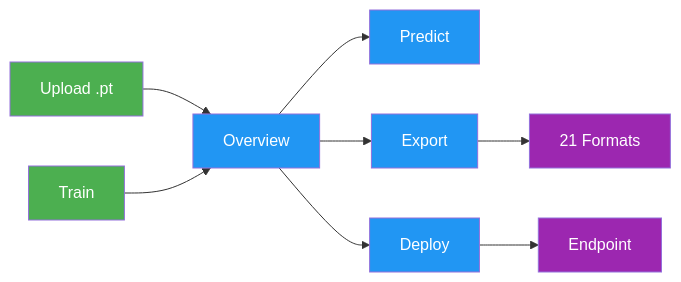
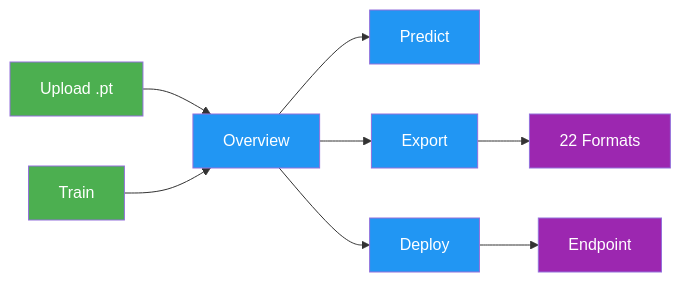
The first of 2 diagrams in docs/en/platform/train/models.md (ultralytics/ultralytics), drawn with Mermaid before and after one commit. The commit also changed other lines of this file and 27 other files, not shown here.

````diff
--- a/docs/en/platform/train/models.md
+++ b/docs/en/platform/train/models.md
@@ -56,14 +56,14 @@
 ```mermaid
 graph LR
     A[Upload .pt]:::start --> B[Overview]:::proc
     C[Train]:::start --> B
     B --> D[Predict]:::proc
     B --> E[Export]:::proc
     B --> F[Deploy]:::proc
-    E --> G[21 Formats]:::out
+    E --> G[22 Formats]:::out
     F --> H[Endpoint]:::out
 
     classDef start fill:#4CAF50,color:#fff
     classDef proc fill:#2196F3,color:#fff
     classDef out fill:#9C27B0,color:#fff
 ```
````
